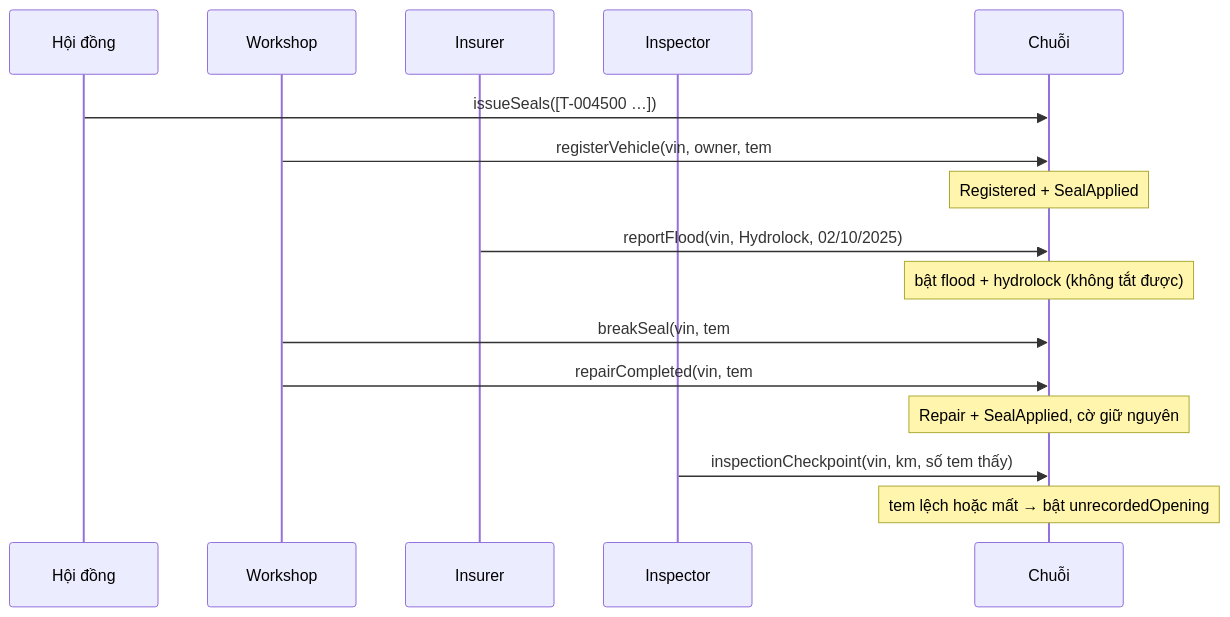
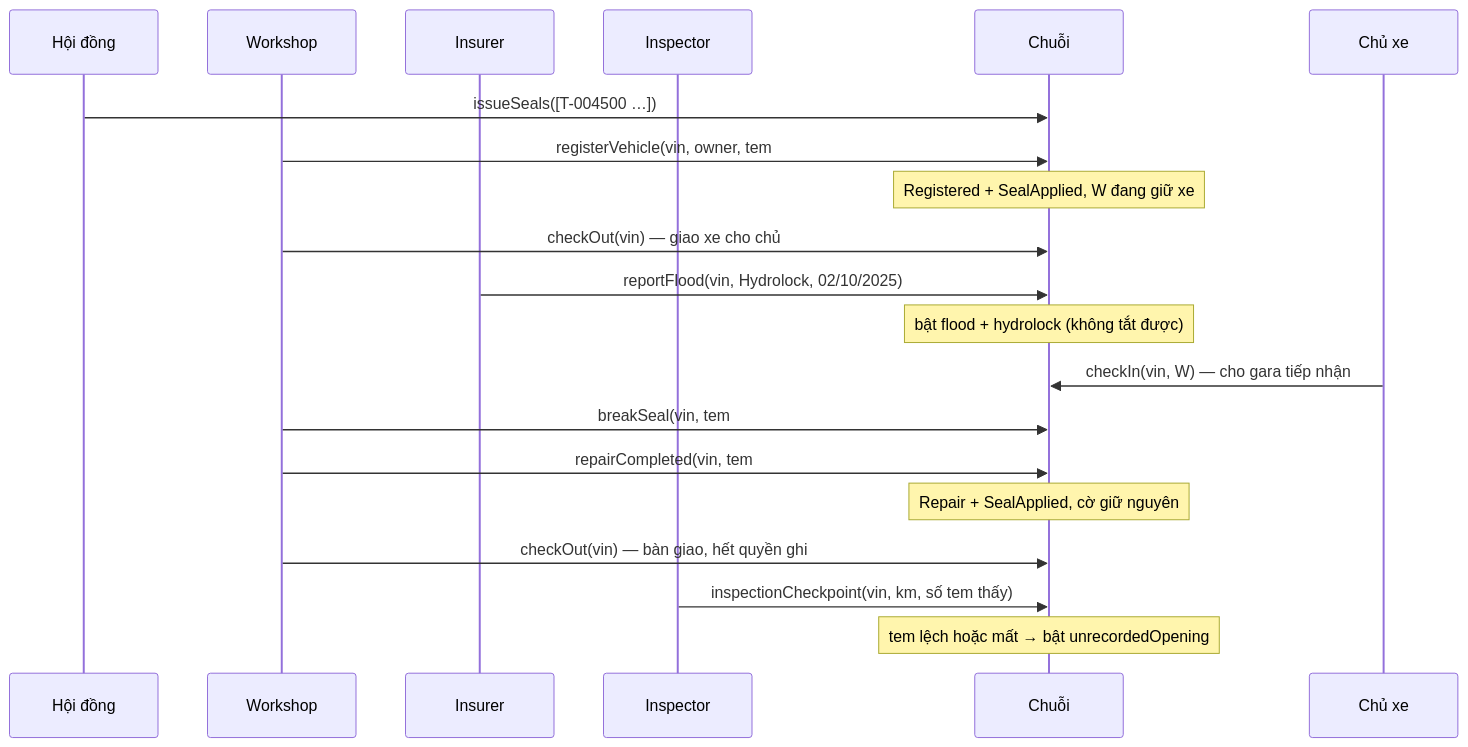
One commit to TrongLeBa111/Thuykichxe changed the second of 2 diagrams in docs/kien-truc-he-thong.md. Above: the diagram before and after it, drawn with Mermaid. The commit also changed other lines of this file and 19 other files, not shown here.

First line of the commit message:
Phase 1: anchor workshop writes to vehicle check-in, seal-break reasons, re-sealing

````diff
--- a/docs/kien-truc-he-thong.md
+++ b/docs/kien-truc-he-thong.md
@@ -96,18 +100,22 @@
 ```mermaid
 sequenceDiagram
   participant HĐ as Hội đồng
   participant W as Workshop
   participant I as Insurer
   participant K as Inspector
   participant C as Chuỗi
+  participant O as Chủ xe
   HĐ->>C: issueSeals([T-004500 …])
   W->>C: registerVehicle(vin, owner, tem#1)
-  Note over C: Registered + SealApplied
+  Note over C: Registered + SealApplied, W đang giữ xe
+  W->>C: checkOut(vin) — giao xe cho chủ
   I->>C: reportFlood(vin, Hydrolock, 02/10/2025)
   Note over C: bật flood + hydrolock (không tắt được)
-  W->>C: breakSeal(vin, tem#1)
+  O->>C: checkIn(vin, W) — cho gara tiếp nhận
+  W->>C: breakSeal(vin, tem#1, "sửa do ngập")
   W->>C: repairCompleted(vin, tem#2)
   Note over C: Repair + SealApplied, cờ giữ nguyên
+  W->>C: checkOut(vin) — bàn giao, hết quyền ghi
   K->>C: inspectionCheckpoint(vin, km, số tem thấy)
   Note over C: tem lệch hoặc mất → bật unrecordedOpening
 ```
````
